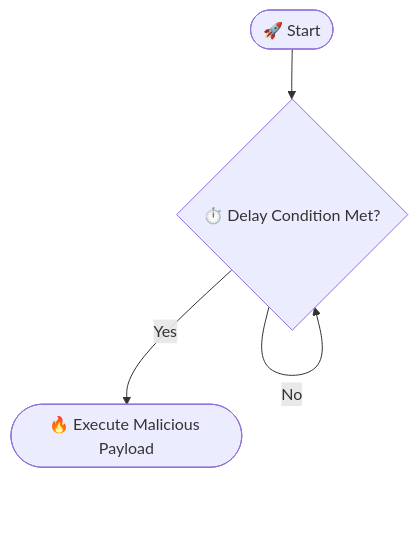
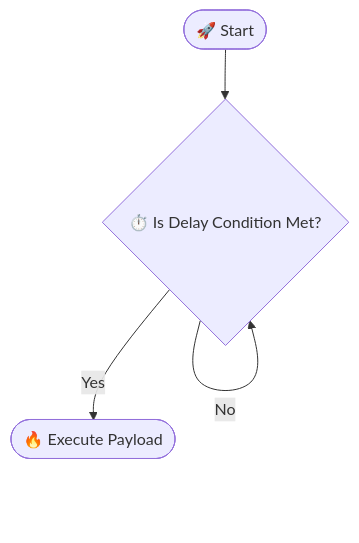
The second of 2 diagrams in content/blog/test.md (mranonymous011000001/just-testing-out), drawn with Mermaid before and after one commit. The commit also changed other lines of this file, not shown here.

````diff
--- a/content/blog/test.md
+++ b/content/blog/test.md
@@ -287,7 +263,7 @@
 ```mermaid
-%% Enhanced Delay Execution Diagram
+%% Detailed Flowchart: Delayed Execution Process
 flowchart TD
-    A([🚀 Start]) --> B{⏱️ Delay Condition Met?}
+    A([🚀 Start]) --> B{⏱️ Is Delay Condition Met?}
     B -- No --> B
-    B -- Yes --> C([🔥 Execute Malicious Payload])
+    B -- Yes --> C([🔥 Execute Payload])
 ```
````
